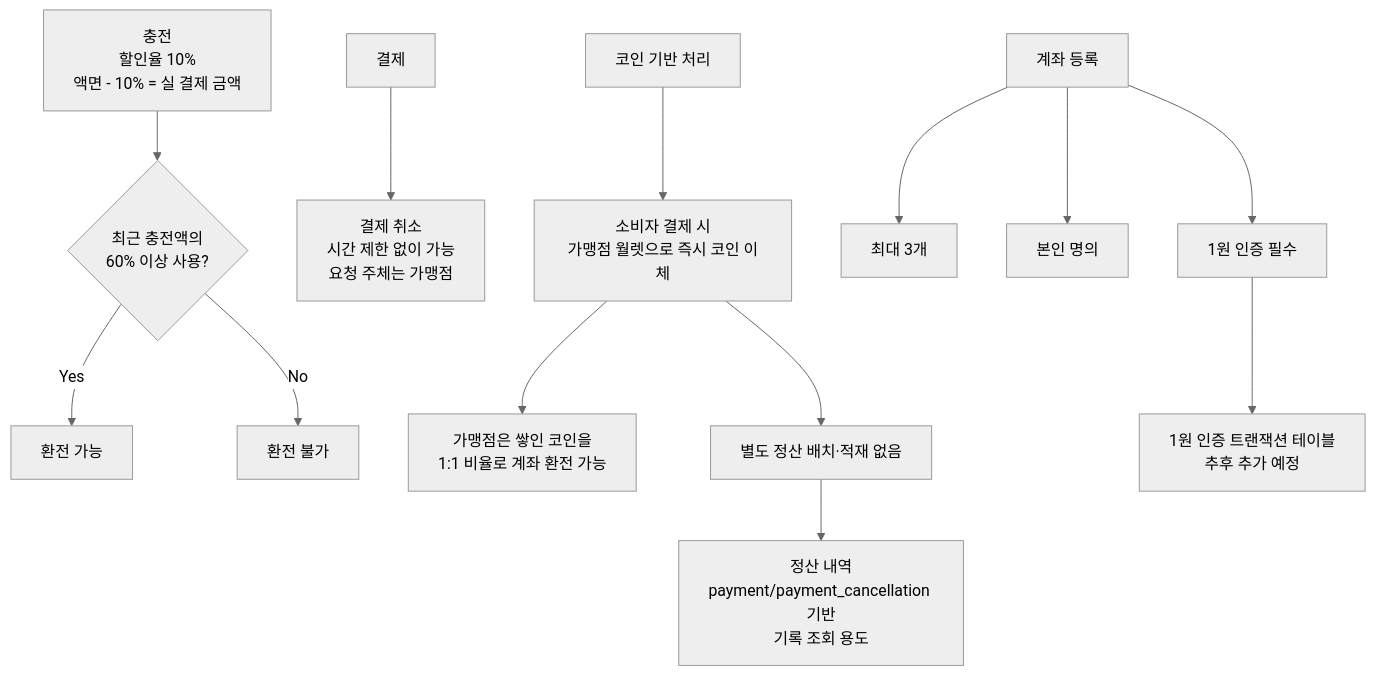
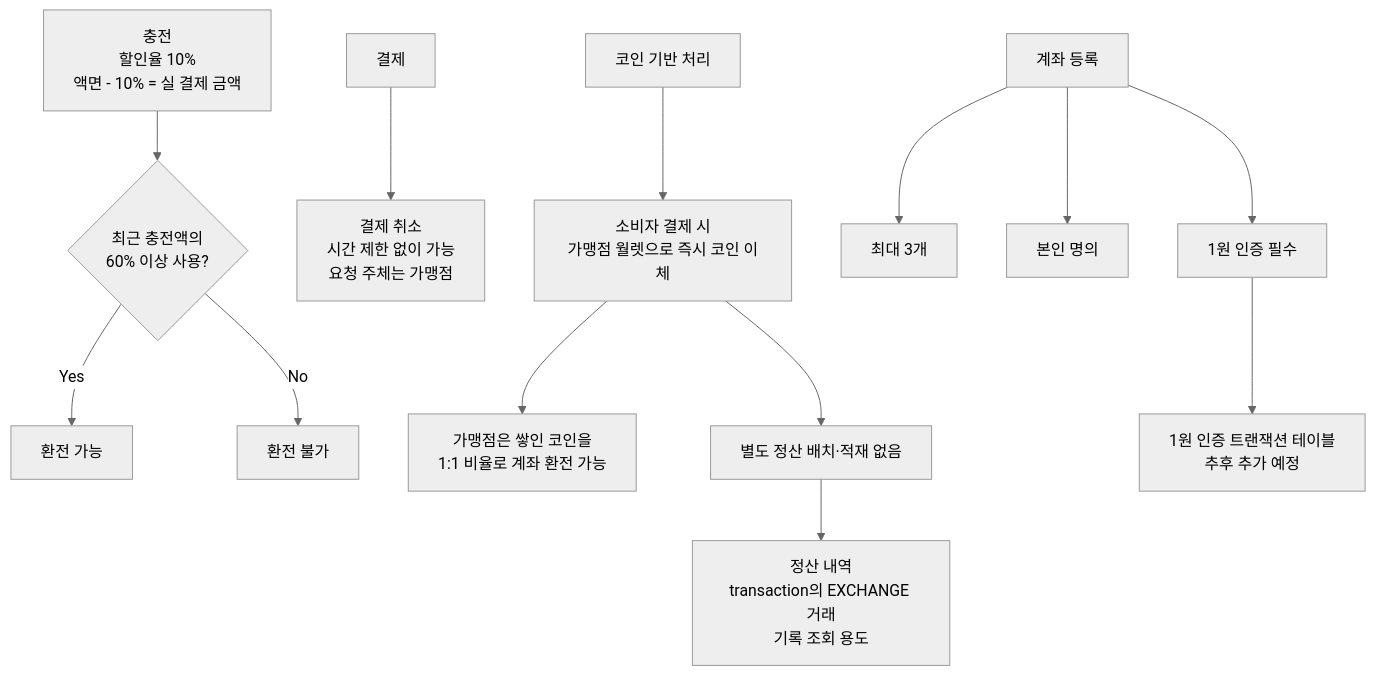
Before and after one commit to Fisa-Family/hangang-pay: the third of 5 diagrams in hangang-pay-be/CLAUDE.md, drawn with Mermaid (neutral theme). The commit also changed other lines of this file and 12 other files, not shown here.

````diff
--- a/hangang-pay-be/CLAUDE.md
+++ b/hangang-pay-be/CLAUDE.md
@@ -288,19 +301,19 @@
 ```mermaid
 flowchart TD
   charge["충전<br/>할인율 10%<br/>액면 - 10% = 실 결제 금액"]
   charge --> usage{"최근 충전액의<br/>60% 이상 사용?"}
   usage -->|Yes| exchange["환전 가능"]
   usage -->|No| noExchange["환전 불가"]
 
   payment["결제"] --> paymentCancel["결제 취소<br/>시간 제한 없이 가능<br/>요청 주체는 가맹점"]
 
   coinFlow["코인 기반 처리"] --> immediateTransfer["소비자 결제 시<br/>가맹점 월렛으로 즉시 코인 이체"]
   immediateTransfer --> merchantExchange["가맹점은 쌓인 코인을<br/>1:1 비율로 계좌 환전 가능"]
   immediateTransfer --> noSettlement["별도 정산 배치·적재 없음"]
-  noSettlement --> settlementHistory["정산 내역<br/>payment/payment_cancellation 기반<br/>기록 조회 용도"]
+  noSettlement --> settlementHistory["정산 내역<br/>transaction의 EXCHANGE 거래<br/>기록 조회 용도"]
 
   accountRegistration["계좌 등록"] --> accountLimit["최대 3개"]
   accountRegistration --> ownerCheck["본인 명의"]
   accountRegistration --> oneWon["1원 인증 필수"]
   oneWon --> oneWonTx["1원 인증 트랜잭션 테이블<br/>추후 추가 예정"]
 ```
````
